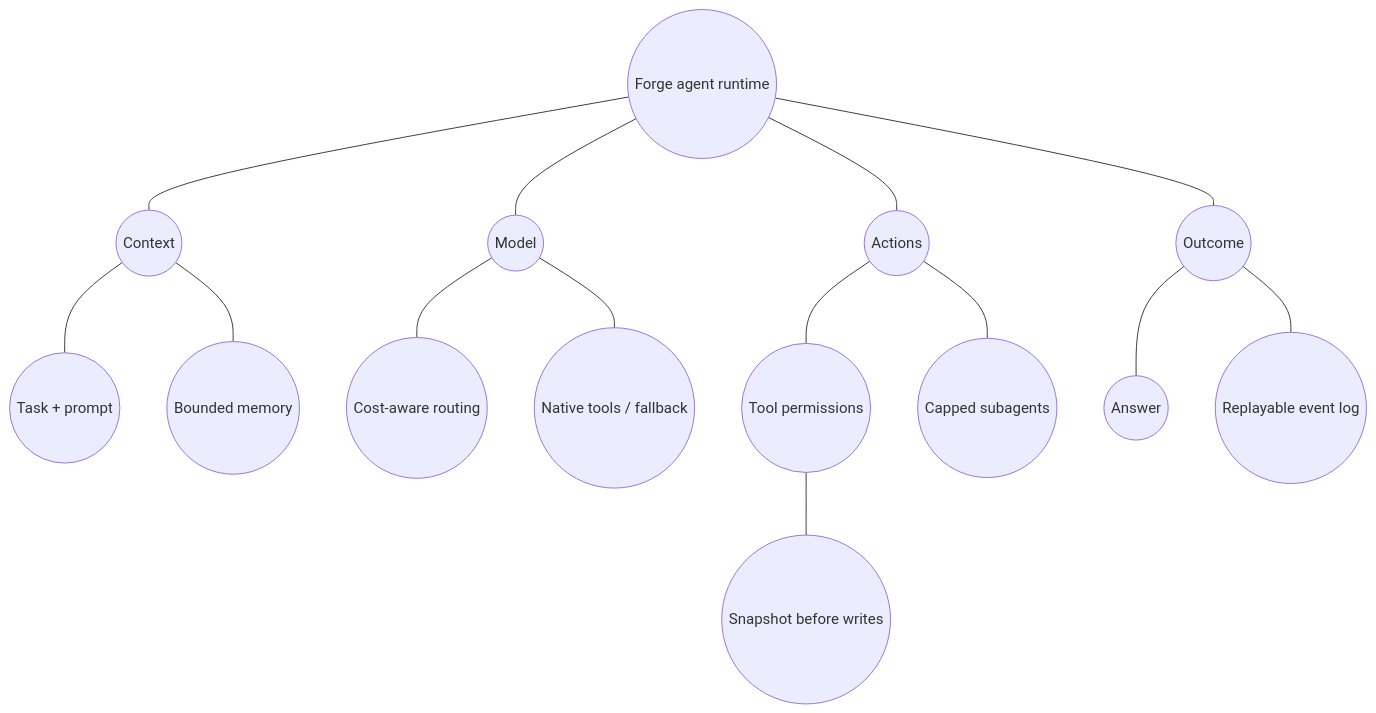
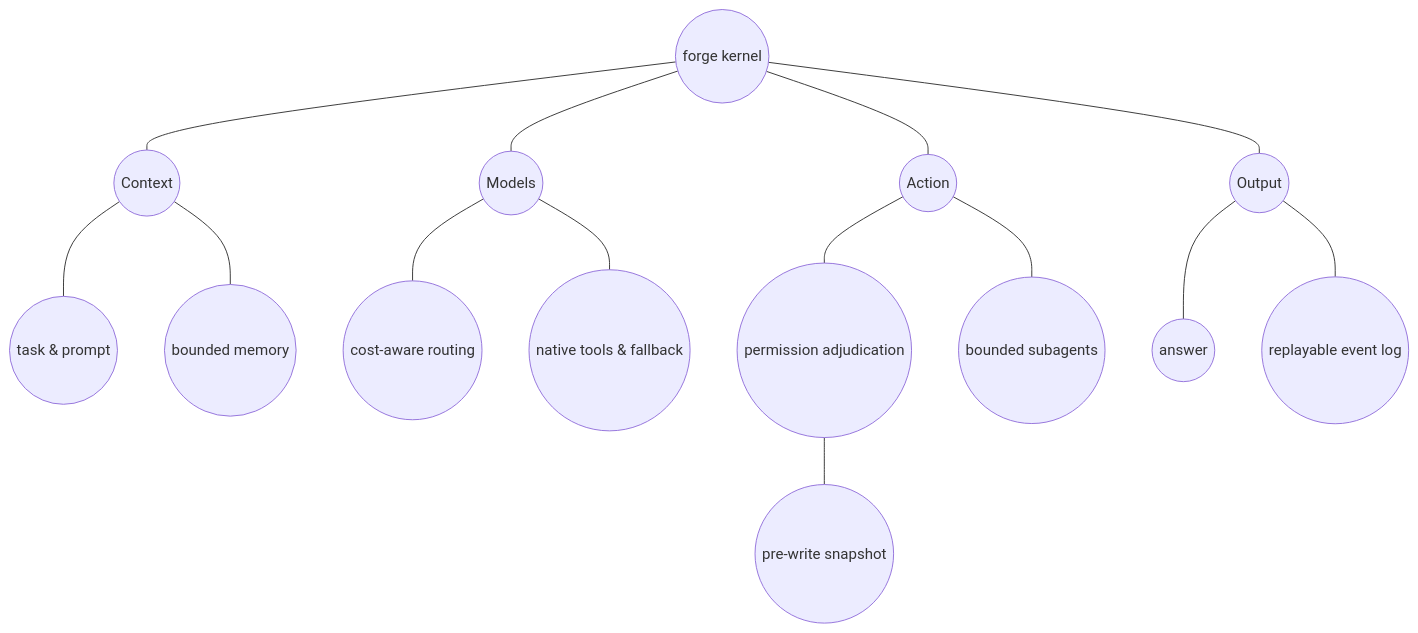
The diagram in README.md (suyunpledge/pledge-evolving), drawn with Mermaid before and after one commit. The commit also changed other lines of this file and 3 other files, not shown here.

````diff
--- a/README.md
+++ b/README.md
@@ -40,16 +64,16 @@
 ```mermaid
 flowchart TB
-    R(("Forge agent runtime")) --- A(("Context"))
-    A --- A1(("Task + prompt"))
-    A --- A2(("Bounded memory"))
-    R --- B(("Model"))
-    B --- B1(("Cost-aware routing"))
-    B --- B2(("Native tools / fallback"))
-    R --- C(("Actions"))
-    C --- C1(("Tool permissions"))
-    C1 --- C2(("Snapshot before writes"))
-    C --- C3(("Capped subagents"))
-    R --- D(("Outcome"))
-    D --- D1(("Answer"))
-    D --- D2(("Replayable event log"))
+    R(("forge kernel")) --- A(("Context"))
+    A --- A1(("task & prompt"))
+    A --- A2(("bounded memory"))
+    R --- B(("Models"))
+    B --- B1(("cost-aware routing"))
+    B --- B2(("native tools & fallback"))
+    R --- C(("Action"))
+    C --- C1(("permission adjudication"))
+    C1 --- C2(("pre-write snapshot"))
+    C --- C3(("bounded subagents"))
+    R --- D(("Output"))
+    D --- D1(("answer"))
+    D --- D2(("replayable event log"))
 ```
````
